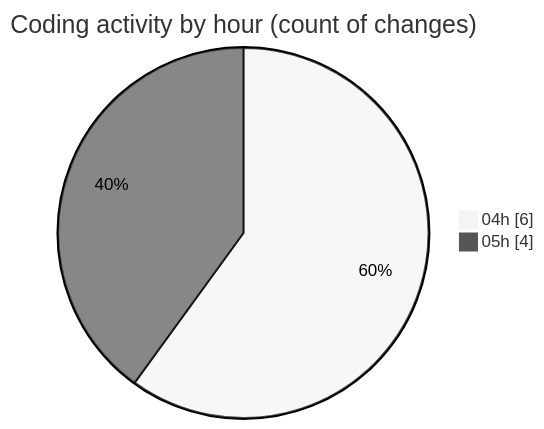
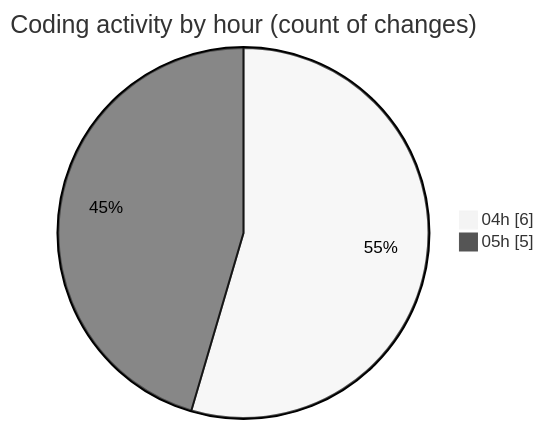
Before and after one commit to vahidmafi/code-tracking: the second of 2 diagrams in 2025-03-23/zeytoon/README.md, drawn with Mermaid (neutral theme). The commit also changed other lines of this file and 1 other file, not shown here.

````diff
--- a/2025-03-23/zeytoon/README.md
+++ b/2025-03-23/zeytoon/README.md
@@ -32,6 +34,6 @@
 ```mermaid
 pie showData
 title Coding activity by hour (count of changes)
 "04h" : 6
-"05h" : 4
+"05h" : 5
 ```
````
